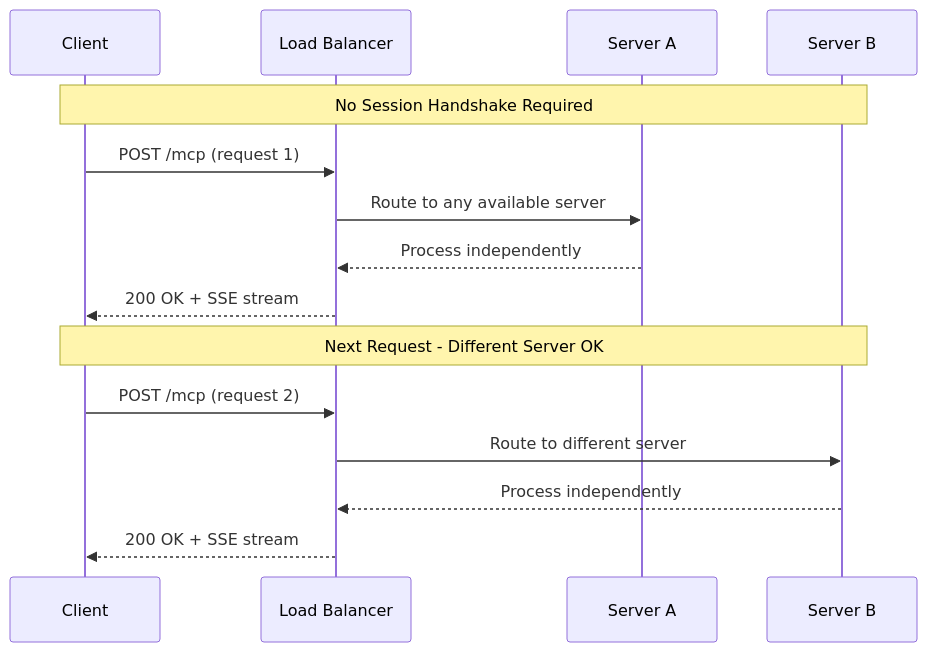
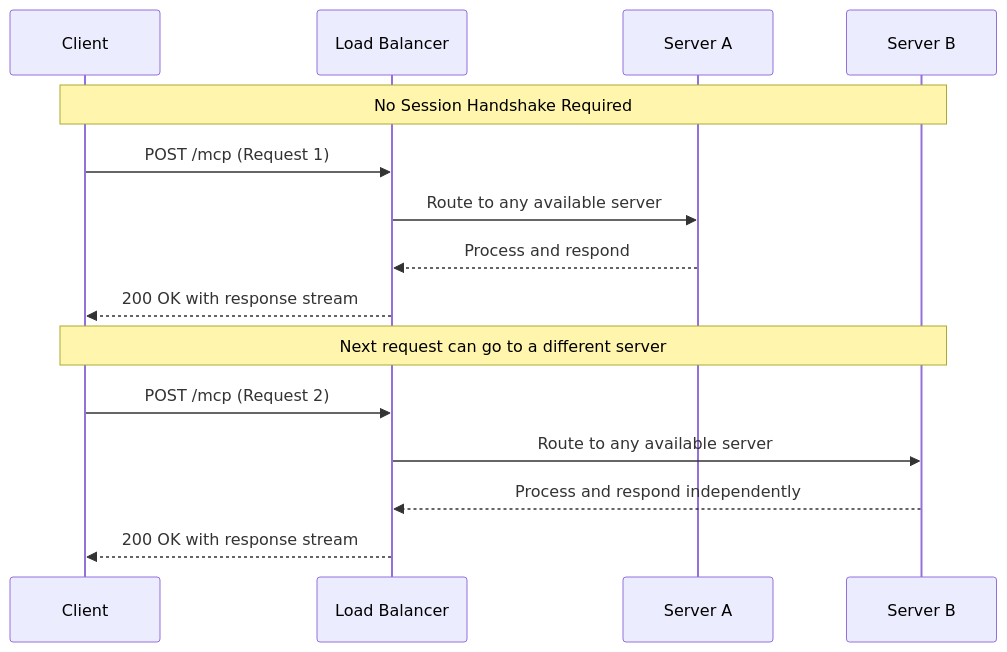
One commit to yigitkonur/example-mcp-server-streamable-http-stateless changed the diagram in README.md. Above: the diagram before and after it, drawn with Mermaid. The commit also changed other lines of this file, not shown here.

````diff
--- a/README.md
+++ b/README.md
@@ -42,21 +44,21 @@
 ```mermaid
 sequenceDiagram
     participant Client
-    participant Load Balancer  
+    participant Load Balancer
     participant Server A
     participant Server B
-    
+
     Note over Client,Server B: No Session Handshake Required
-    
-    Client->>Load Balancer: POST /mcp (request 1)
+
+    Client->>Load Balancer: POST /mcp (Request 1)
     Load Balancer->>Server A: Route to any available server
-    Server A-->>Load Balancer: Process independently
-    Load Balancer-->>Client: 200 OK + SSE stream
-    
-    Note over Client,Server B: Next Request - Different Server OK
-    
-    Client->>Load Balancer: POST /mcp (request 2)  
-    Load Balancer->>Server B: Route to different server
-    Server B-->>Load Balancer: Process independently
-    Load Balancer-->>Client: 200 OK + SSE stream
+    Server A-->>Load Balancer: Process and respond
+    Load Balancer-->>Client: 200 OK with response stream
+
+    Note over Client,Server B: Next request can go to a different server
+
+    Client->>Load Balancer: POST /mcp (Request 2)
+    Load Balancer->>Server B: Route to any available server
+    Server B-->>Load Balancer: Process and respond independently
+    Load Balancer-->>Client: 200 OK with response stream
 ```
````
